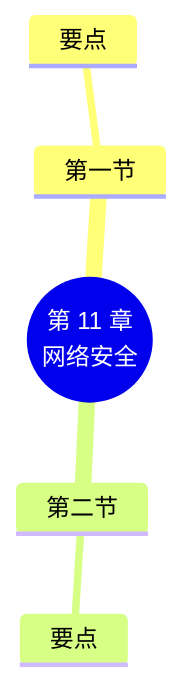
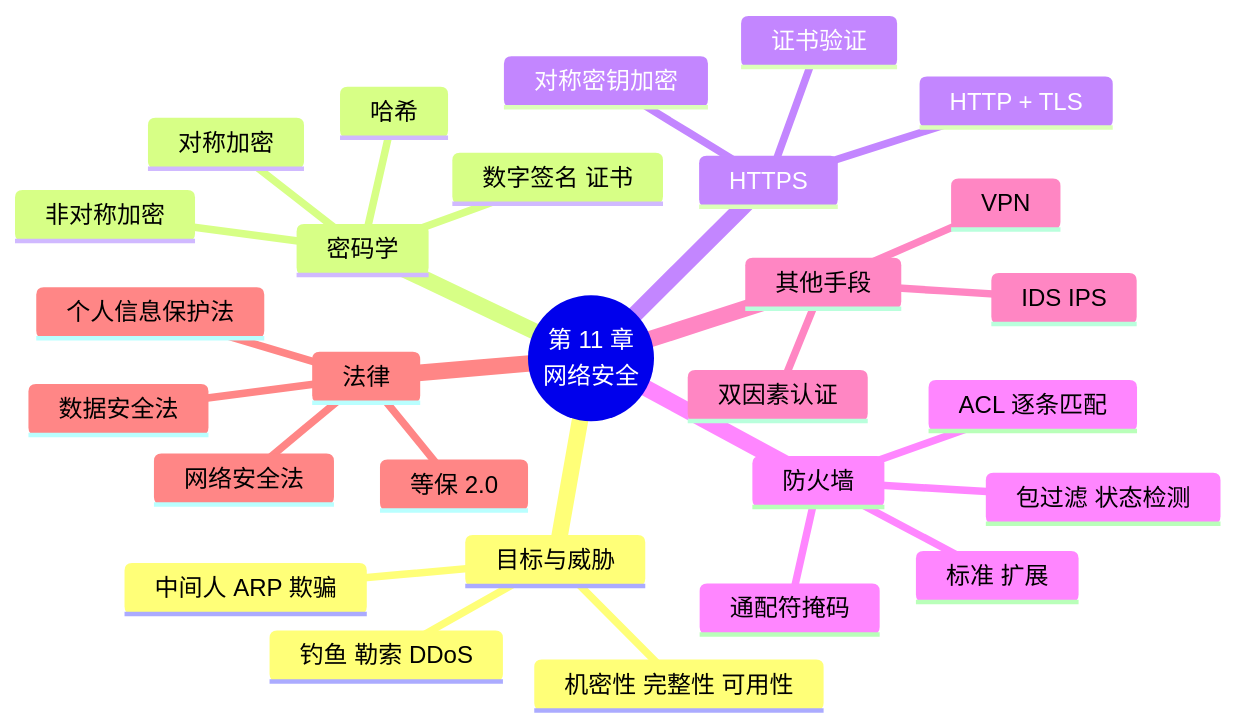
The second of 2 diagrams in docs/chapters/11-security/index.md (MingziFu9/computer-network), drawn with Mermaid before and after one commit. The commit also changed other lines of this file and 11 other files, not shown here.

````diff
--- a/docs/chapters/11-security/index.md
+++ b/docs/chapters/11-security/index.md
@@ -185,8 +651,31 @@
 ```mermaid
 mindmap
   root((第 11 章<br/>网络安全))
-    第一节
-      要点
-    第二节
-      要点
+    目标与威胁
+      机密性 完整性 可用性
+      钓鱼 勒索 DDoS
+      中间人 ARP 欺骗
+    密码学
+      对称加密
+      非对称加密
+      哈希
+      数字签名 证书
+    HTTPS
+      HTTP + TLS
+      证书验证
+      对称密钥加密
+    防火墙
+      包过滤 状态检测
+      ACL 逐条匹配
+      标准 扩展
+      通配符掩码
+    其他手段
+      IDS IPS
+      VPN
+      双因素认证
+    法律
+      网络安全法
+      数据安全法
+      个人信息保护法
+      等保 2.0
 ```
````
